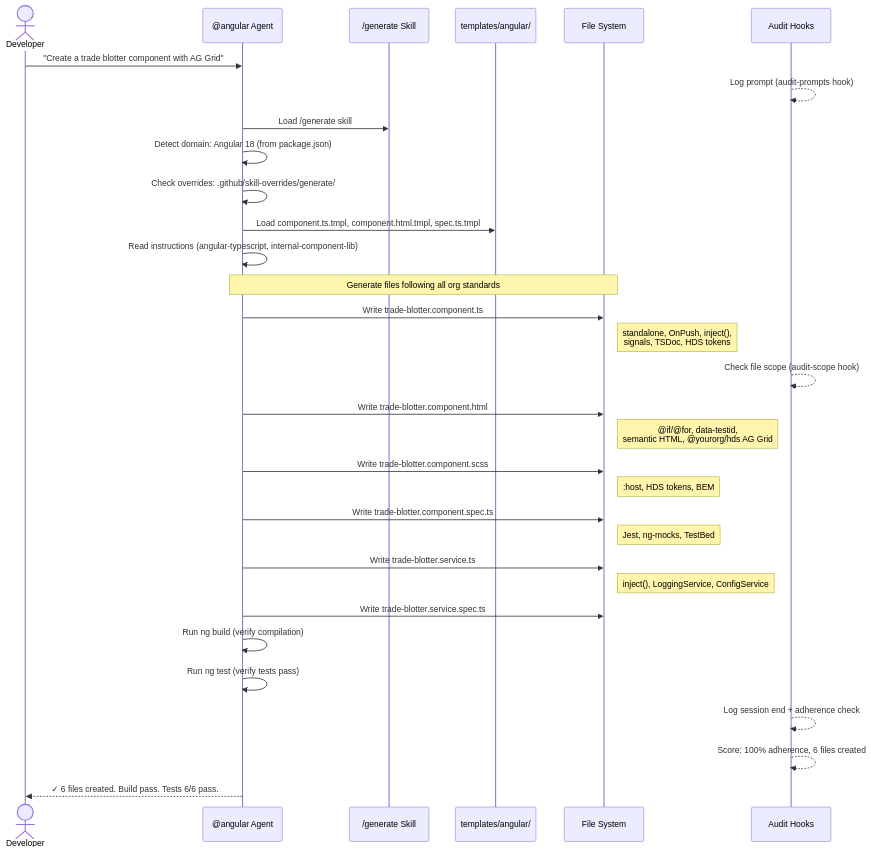
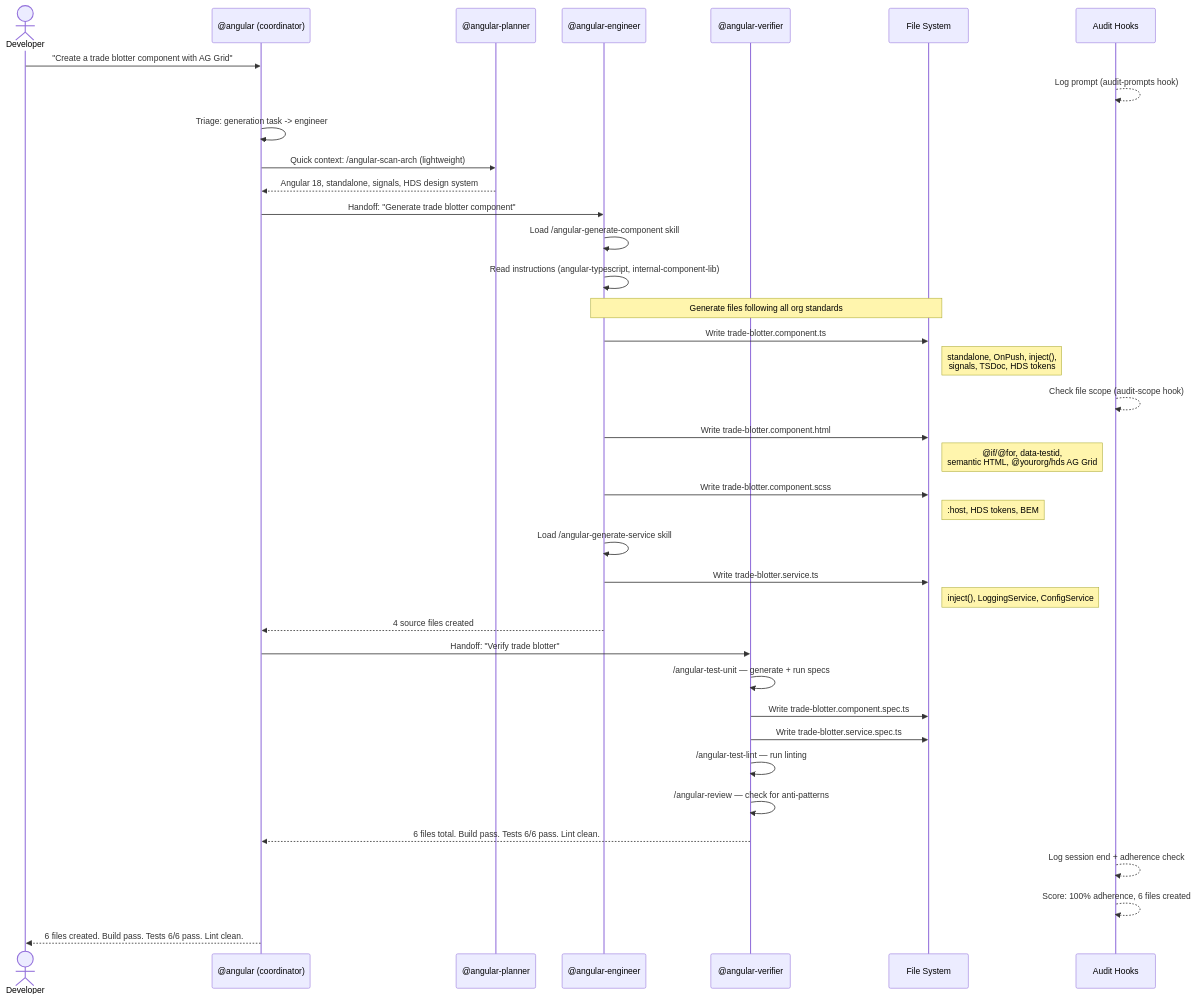
The second of 6 diagrams in docs/prd.md (oneinthebox/vscode-ghcp-agents), drawn with Mermaid before and after one commit. The commit also changed other lines of this file and 11 other files, not shown here.

````diff
--- a/docs/prd.md
+++ b/docs/prd.md
@@ -459,42 +502,49 @@
 ```mermaid
 sequenceDiagram
     actor Dev as Developer
-    participant AG as @angular Agent
-    participant SK as /generate Skill
-    participant TMPL as templates/angular/
+    participant CO as @angular (coordinator)
+    participant PL as @angular-planner
+    participant EN as @angular-engineer
+    participant VE as @angular-verifier
     participant FS as File System
     participant AUD as Audit Hooks
 
-    Dev->>AG: "Create a trade blotter component with AG Grid"
+    Dev->>CO: "Create a trade blotter component with AG Grid"
 
     AUD-->>AUD: Log prompt (audit-prompts hook)
 
-    AG->>SK: Load /generate skill
-    AG->>AG: Detect domain: Angular 18 (from package.json)
-    AG->>AG: Check overrides: .github/skill-overrides/generate/
-    AG->>TMPL: Load component.ts.tmpl, component.html.tmpl, spec.ts.tmpl
-    AG->>AG: Read instructions (angular-typescript, internal-component-lib)
+    CO->>CO: Triage: generation task -> engineer
+    CO->>PL: Quick context: /angular-scan-arch (lightweight)
+    PL-->>CO: Angular 18, standalone, signals, HDS design system
 
-    Note over AG,FS: Generate files following all org standards
+    CO->>EN: Handoff: "Generate trade blotter component"
+    EN->>EN: Load /angular-generate-component skill
+    EN->>EN: Read instructions (angular-typescript, internal-component-lib)
 
-    AG->>FS: Write trade-blotter.component.ts
+    Note over EN,FS: Generate files following all org standards
+
+    EN->>FS: Write trade-blotter.component.ts
     Note right of FS: standalone, OnPush, inject(),<br/>signals, TSDoc, HDS tokens
     AUD-->>AUD: Check file scope (audit-scope hook)
-    AG->>FS: Write trade-blotter.component.html
+    EN->>FS: Write trade-blotter.component.html
     Note right of FS: @if/@for, data-testid,<br/>semantic HTML, @yourorg/hds AG Grid
-    AG->>FS: Write trade-blotter.component.scss
+    EN->>FS: Write trade-blotter.component.scss
     Note right of FS: :host, HDS tokens, BEM
-    AG->>FS: Write trade-blotter.component.spec.ts
-    Note right of FS: Jest, ng-mocks, TestBed
-    AG->>FS: Write trade-blotter.service.ts
+    EN->>EN: Load /angular-generate-service skill
+    EN->>FS: Write trade-blotter.service.ts
     Note right of FS: inject(), LoggingService, ConfigService
-    AG->>FS: Write trade-blotter.service.spec.ts
+    EN-->>CO: 4 source files created
 
-    AG->>AG: Run ng build (verify compilation)
-    AG->>AG: Run ng test (verify tests pass)
+    CO->>VE: Handoff: "Verify trade blotter"
+    VE->>VE: /angular-test-unit — generate + run specs
+    VE->>FS: Write trade-blotter.component.spec.ts
+    VE->>FS: Write trade-blotter.service.spec.ts
+    VE->>VE: /angular-test-lint — run linting
+    VE->>VE: /angular-review — check for anti-patterns
+    VE-->>CO: 6 files total. Build pass. Tests 6/6 pass. Lint clean.
 
     AUD-->>AUD: Log session end + adherence check
     AUD-->>AUD: Score: 100% adherence, 6 files created
 
-    AG-->>Dev: ✓ 6 files created. Build pass. Tests 6/6 pass.
+    CO-->>Dev: 6 files created. Build pass. Tests 6/6 pass. Lint clean.
 ```
````
